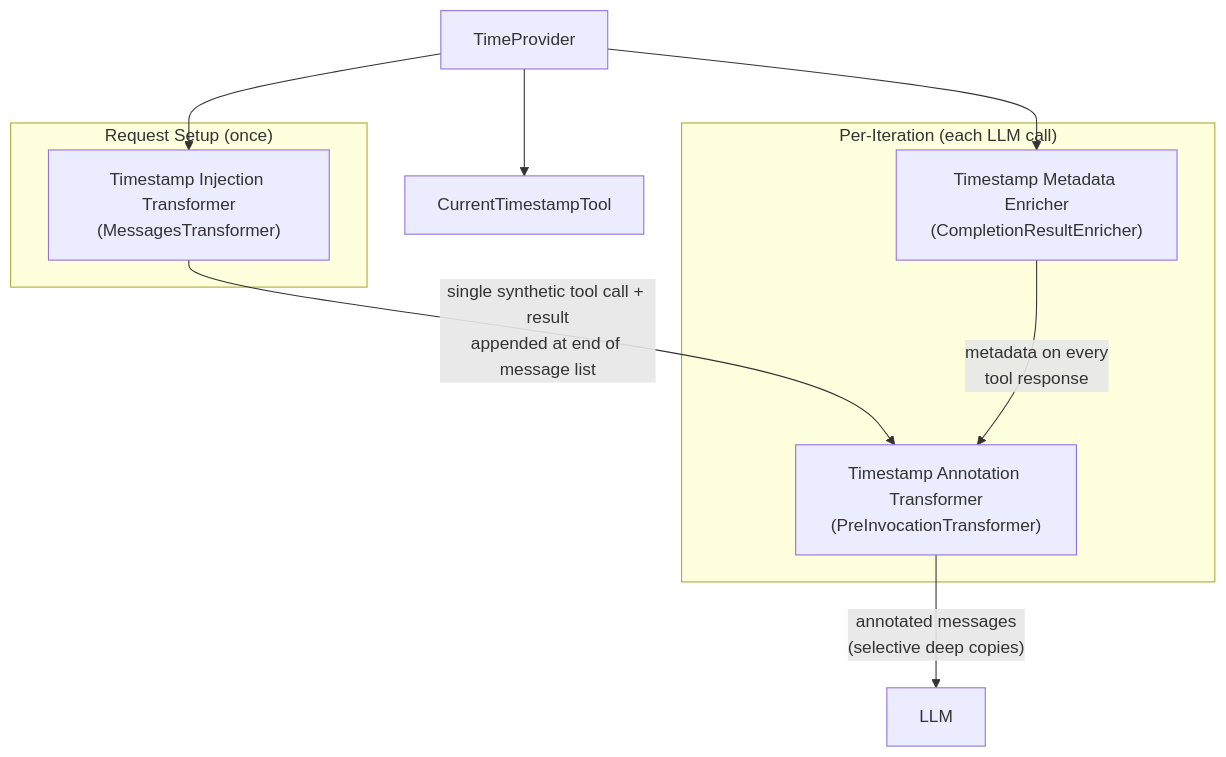
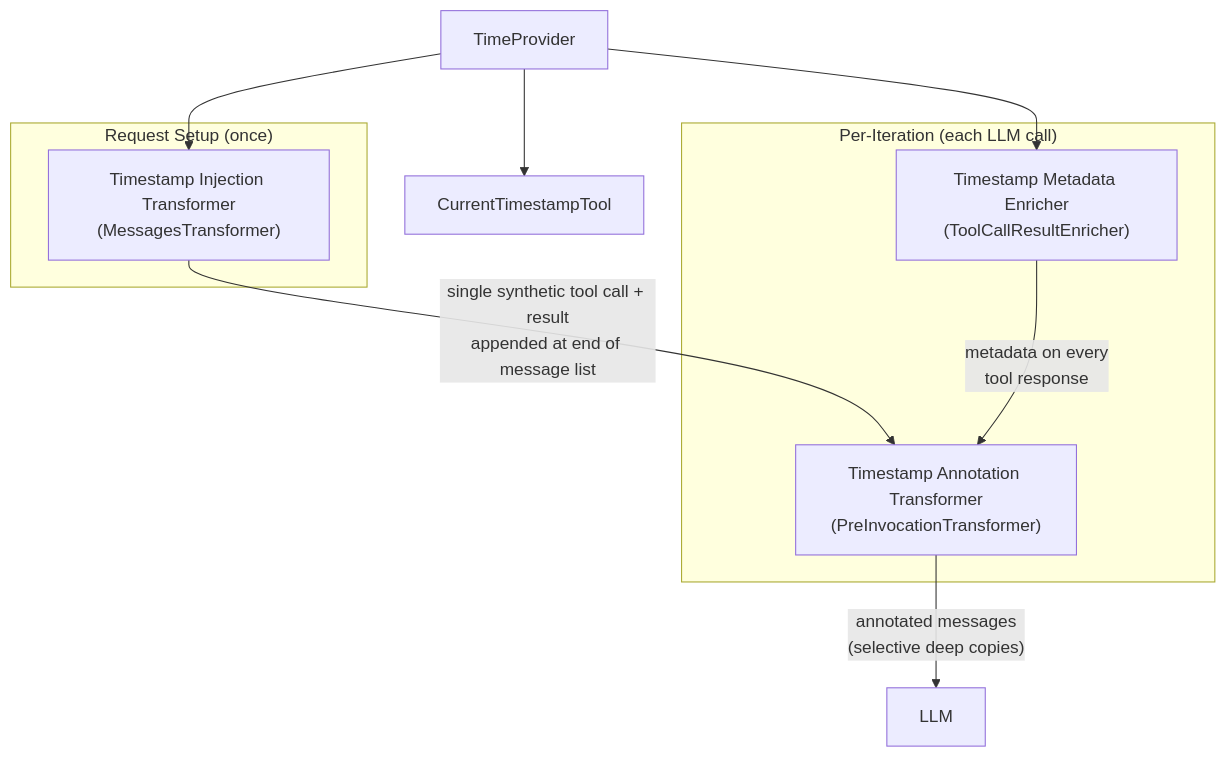
Before and after one commit to epam/ai-dial-quickapps-backend: the first of 2 diagrams in docs/designs/time_awareness.md, drawn with Mermaid. The commit also changed other lines of this file and 5 other files, not shown here.

Commit message:
chore: update docs to reflect CompletionResult → ToolCallResult rename

````diff
--- a/docs/designs/time_awareness.md
+++ b/docs/designs/time_awareness.md
@@ -83,18 +83,18 @@
 ```mermaid
 flowchart TD
     subgraph "Request Setup (once)"
         A["Timestamp Injection Transformer<br/>(MessagesTransformer)"]
     end
     subgraph "Per-Iteration (each LLM call)"
         B["Timestamp Annotation Transformer<br/>(PreInvocationTransformer)"]
-        C["Timestamp Metadata Enricher<br/>(CompletionResultEnricher)"]
+        C["Timestamp Metadata Enricher<br/>(ToolCallResultEnricher)"]
     end
     D["CurrentTimestampTool"]
     E["TimeProvider"]
     E --> A
     E --> C
     E --> D
     A -- " single synthetic tool call + result<br/>appended at end of message list " --> B
     C -- " metadata on every<br/>tool response " --> B
     B -- " annotated messages<br/>(selective deep copies) " --> LLM["LLM"]
 ```
````
